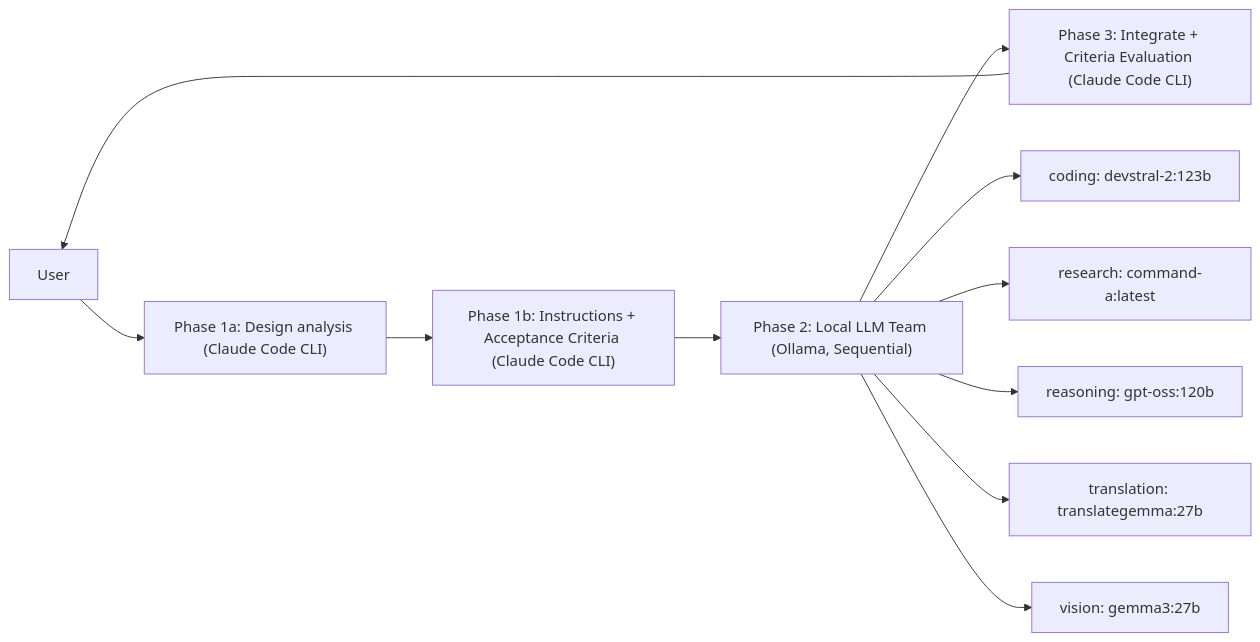
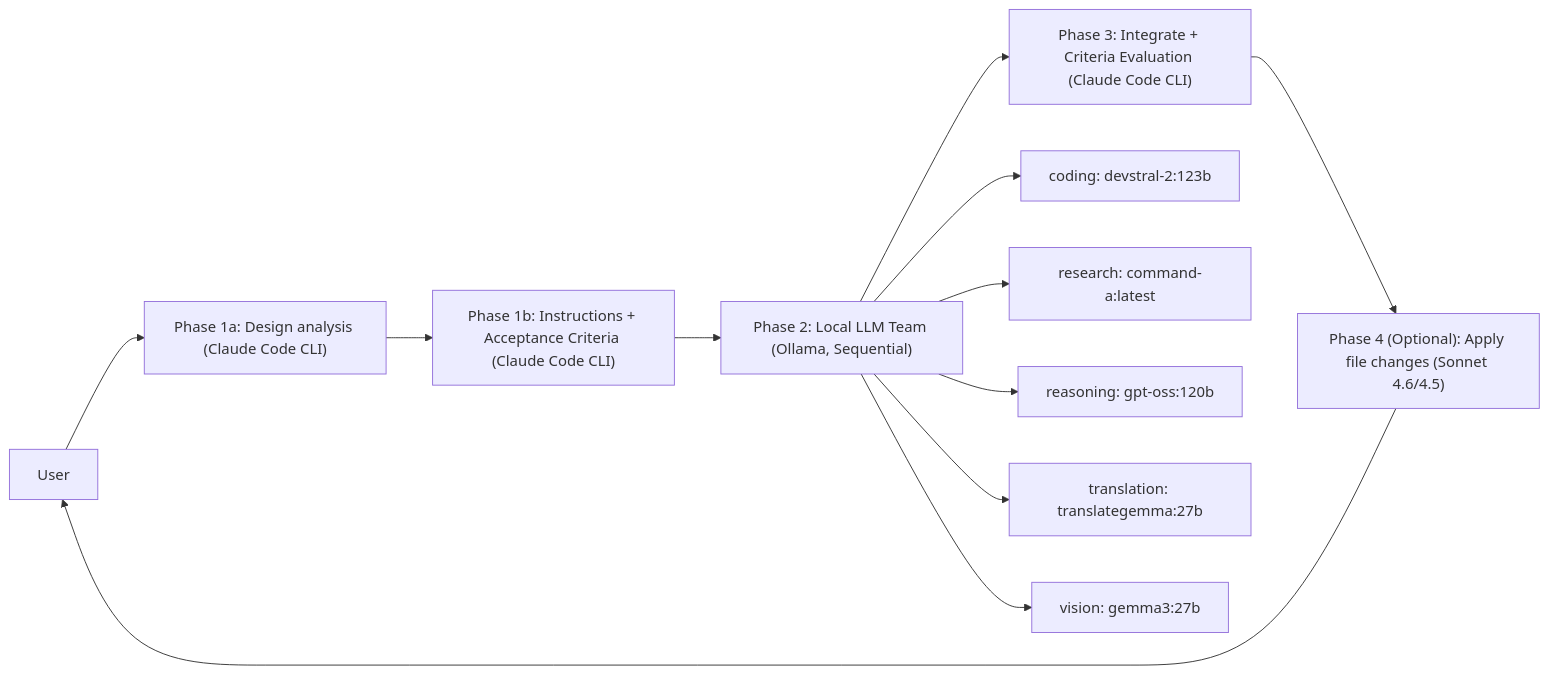
The diagram in README.md (tsunamayo7/helix-ai-studio), drawn with Mermaid before and after one commit. The commit also changed other lines of this file and 160 other files, not shown here.

````diff
--- a/README.md
+++ b/README.md
@@ -171,14 +179,15 @@
 ```mermaid
 graph LR
   User["User"] --> P1a["Phase 1a: Design analysis (Claude Code CLI)"]
   P1a --> P1b["Phase 1b: Instructions + Acceptance Criteria (Claude Code CLI)"]
   P1b --> P2["Phase 2: Local LLM Team (Ollama, Sequential)"]
   P2 --> P3["Phase 3: Integrate + Criteria Evaluation (Claude Code CLI)"]
-  P3 --> User
+  P3 --> P4["Phase 4 (Optional): Apply file changes (Sonnet 4.6/4.5)"]
+  P4 --> User
 
   P2 --> coding["coding: devstral-2:123b"]
   P2 --> research["research: command-a:latest"]
   P2 --> reasoning["reasoning: gpt-oss:120b"]
   P2 --> translation["translation: translategemma:27b"]
   P2 --> vision["vision: gemma3:27b"]
 ```
````
